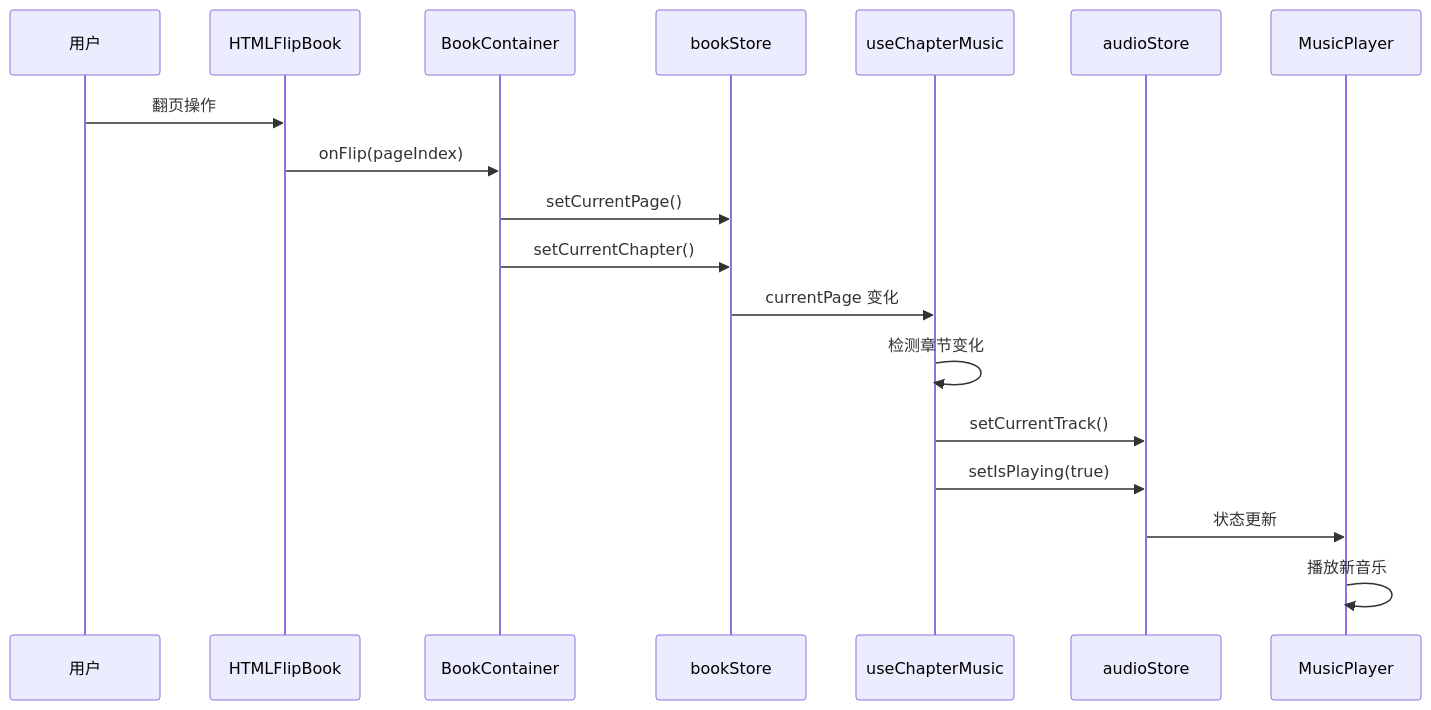
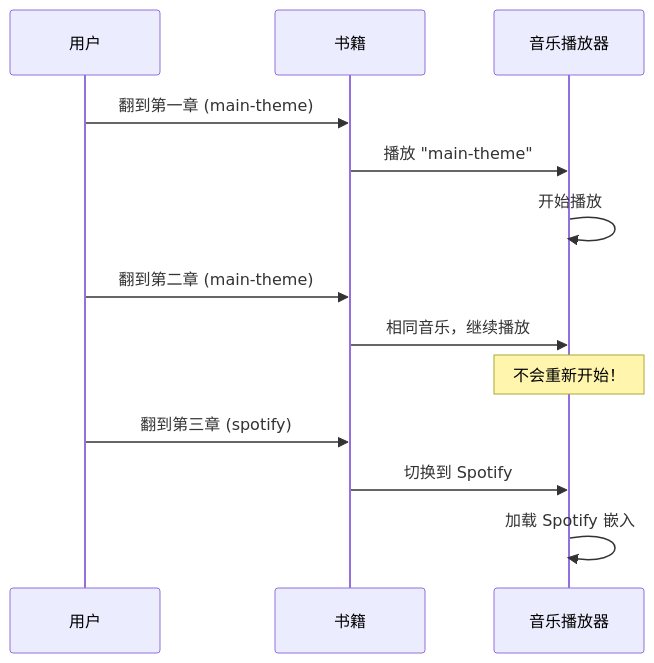
Before and after one commit to ChanMeng666/chan-meng-novel-web: the third of 6 diagrams in README.zh-CN.md, drawn with Mermaid. The commit also changed other lines of this file and 1 other file, not shown here.

First line of the commit message:
docs: rebrand as universal e-book template with comprehensive tutorials

````diff
--- a/README.zh-CN.md
+++ b/README.zh-CN.md
@@ -130,23 +277,18 @@
 ```mermaid
 sequenceDiagram
-    participant User as 用户
-    participant HP as HTMLFlipBook
-    participant BC as BookContainer
-    participant BS as bookStore
-    participant UCM as useChapterMusic
-    participant AS as audioStore
-    participant MP as MusicPlayer
+    participant 用户
+    participant 书籍
+    participant 音乐播放器
 
-    User->>HP: 翻页操作
-    HP->>BC: onFlip(pageIndex)
-    BC->>BS: setCurrentPage()
-    BC->>BS: setCurrentChapter()
+    用户->>书籍: 翻到第一章 (main-theme)
+    书籍->>音乐播放器: 播放 "main-theme"
+    音乐播放器->>音乐播放器: 开始播放
 
-    BS->>UCM: currentPage 变化
-    UCM->>UCM: 检测章节变化
-    UCM->>AS: setCurrentTrack()
-    UCM->>AS: setIsPlaying(true)
+    用户->>书籍: 翻到第二章 (main-theme)
+    书籍->>音乐播放器: 相同音乐，继续播放
+    Note over 音乐播放器: 不会重新开始！
 
-    AS->>MP: 状态更新
-    MP->>MP: 播放新音乐
+    用户->>书籍: 翻到第三章 (spotify)
+    书籍->>音乐播放器: 切换到 Spotify
+    音乐播放器->>音乐播放器: 加载 Spotify 嵌入
 ```
````
